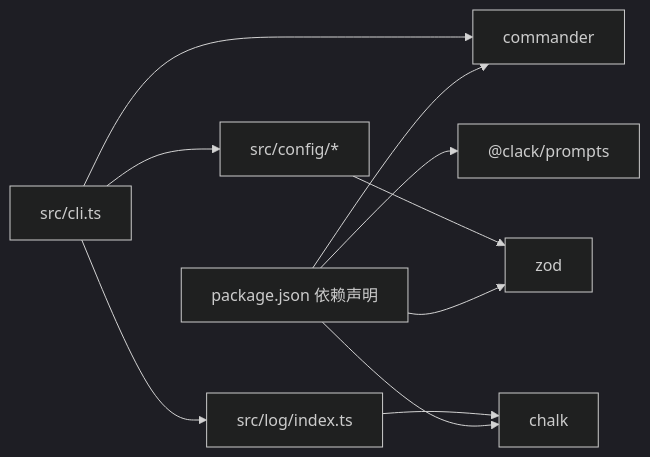
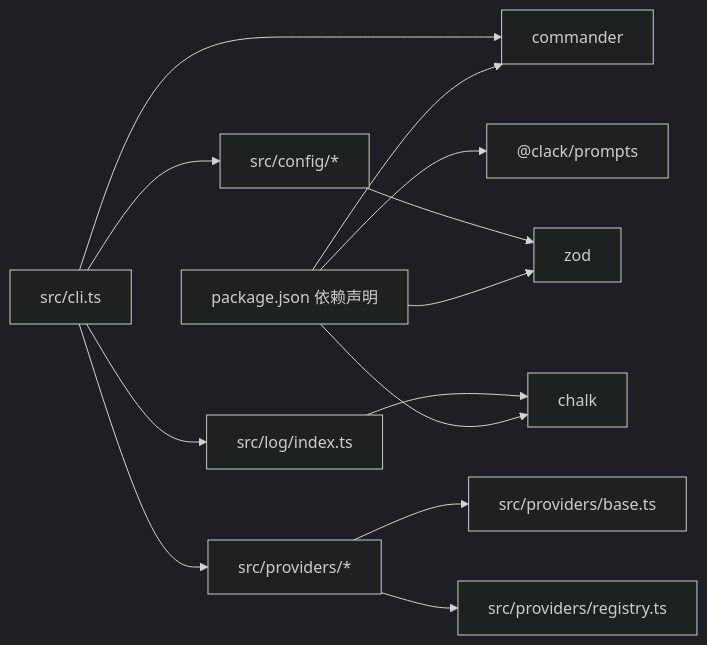
One commit to neciszhang/batbot changed the third of 3 diagrams in .qoder/repowiki/zh/content/命令参考手册/状态命令 (status).md. Above: the diagram before and after it, drawn with Mermaid (dark theme). The commit also changed other lines of this file and 9 other files, not shown here.

````diff
--- a/.qoder/repowiki/zh/content/命令参考手册/状态命令 (status).md
+++ b/.qoder/repowiki/zh/content/命令参考手册/状态命令 (status).md
@@ -229,12 +321,15 @@
 ```mermaid
 graph LR
 Pkg["package.json 依赖声明"] --> Cmd["commander"]
 Pkg --> Zod["zod"]
 Pkg --> Chalk["chalk"]
 Pkg --> Clack["@clack/prompts"]
 CLI["src/cli.ts"] --> Cmd
 CLI --> Log["src/log/index.ts"]
 CLI --> Cfg["src/config/*"]
+CLI --> Prov["src/providers/*"]
 Cfg --> Zod
 Log --> Chalk
+Prov --> Base["src/providers/base.ts"]
+Prov --> Registry["src/providers/registry.ts"]
 ```
````
